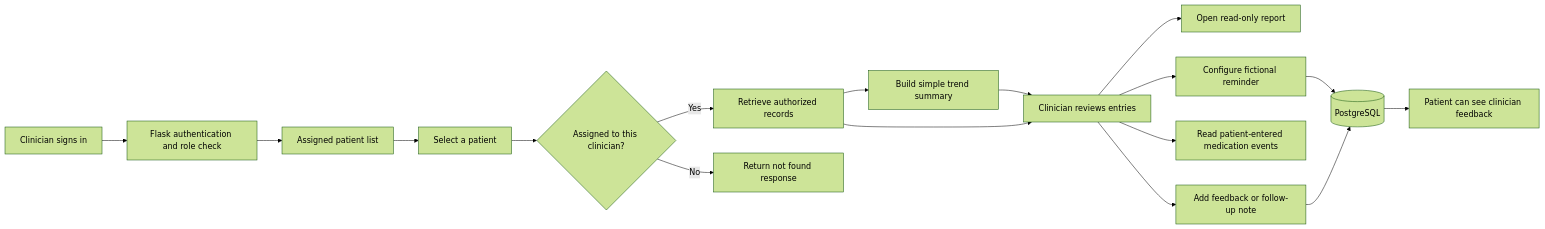
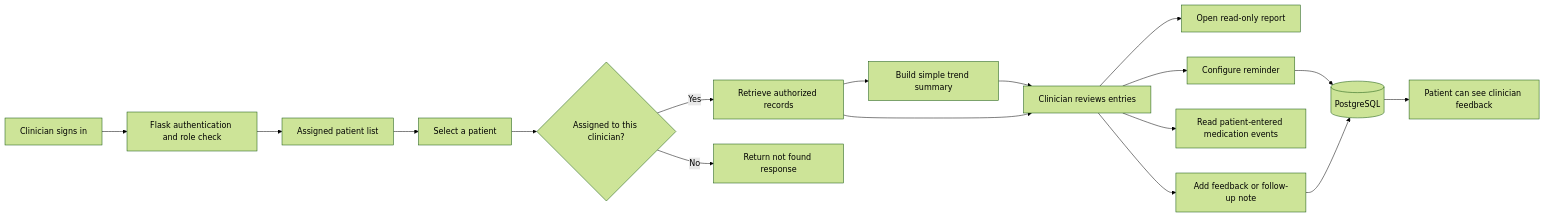
The fifth of 8 diagrams in docs/system-tutorials.md (R-gitonga/AfyaGlyco), drawn with Mermaid (forest theme) before and after one commit. The commit also changed other lines of this file and 59 other files, not shown here.

````diff
--- a/docs/system-tutorials.md
+++ b/docs/system-tutorials.md
@@ -158,28 +158,28 @@
 ```mermaid
 flowchart LR
     Clinician[Clinician signs in]
     Auth[Flask authentication and role check]
     List[Assigned patient list]
     Select[Select a patient]
     Assignment{Assigned to this clinician?}
     Records[Retrieve authorized records]
     Trend[Build simple trend summary]
     Review[Clinician reviews entries]
     Report[Open read-only report]
-    Reminder[Configure fictional reminder]
+    Reminder[Configure reminder]
     Events[Read patient-entered medication events]
     Note[Add feedback or follow-up note]
     Store[(PostgreSQL)]
     PatientView[Patient can see clinician feedback]
 
     Clinician --> Auth --> List --> Select --> Assignment
     Assignment -->|Yes| Records
     Assignment -->|No| Denied[Return not found response]
     Records --> Trend --> Review
     Records --> Review
     Review --> Reminder --> Store
     Review --> Events
     Review --> Report
     Review --> Note --> Store
     Store --> PatientView
 ```
````
